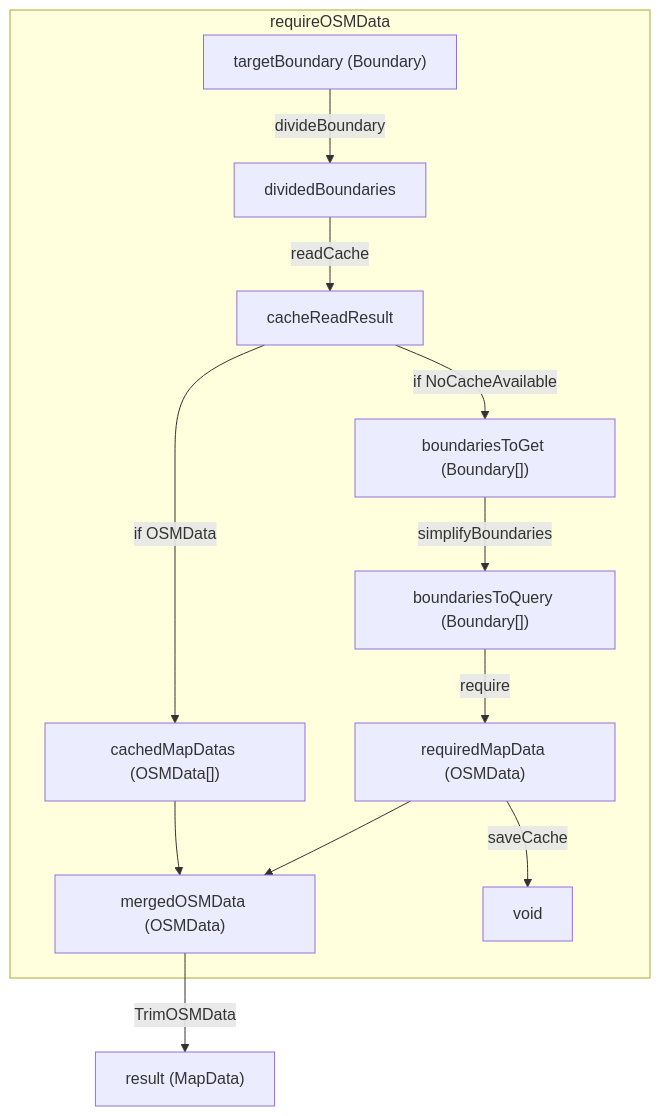
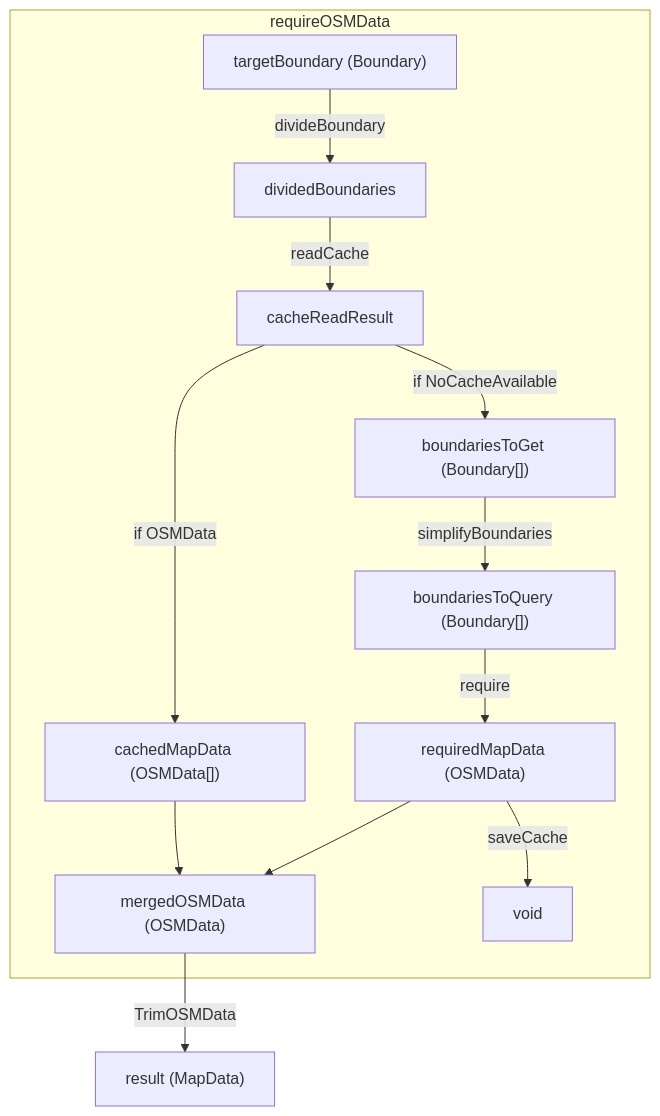
One commit to syoch/procon changed the diagram in app/src/routes/api/osm/README.md. Above: the diagram before and after it, drawn with Mermaid. The commit also changed 7 other files, not shown here.

````diff
--- a/app/src/routes/api/osm/README.md
+++ b/app/src/routes/api/osm/README.md
@@ -20,25 +20,25 @@
 ```mermaid
 graph
     OriginalBoundary["targetBoundary (Boundary)"]
     subgraph requireOSMData
         MergedOSMData["mergedOSMData (OSMData)"]
         OriginalBoundary --divideBoundary--> dividedBoundaries
 
         boundariesToGet["boundariesToGet (Boundary[])"]
         boundariesToQuery["boundariesToQuery (Boundary[])"]
         requiredMapData["requiredMapData (OSMData)"]
-        cachedMapDatas["cachedMapDatas (OSMData[])"]
+        cachedMapData["cachedMapData (OSMData[])"]
 
         dividedBoundaries --readCache--> cacheReadResult
 
         cacheReadResult --if NoCacheAvailable--> boundariesToGet
-        cacheReadResult --if OSMData--> cachedMapDatas
+        cacheReadResult --if OSMData--> cachedMapData
         boundariesToGet --simplifyBoundaries--> boundariesToQuery
         boundariesToQuery --require--> requiredMapData
         requiredMapData --saveCache--> Void00000["void"]
-        cachedMapDatas --> MergedOSMData
+        cachedMapData --> MergedOSMData
         requiredMapData --> MergedOSMData
     end
     ResultMapData["result (MapData)"]
     MergedOSMData --TrimOSMData --> ResultMapData
 ```
````
